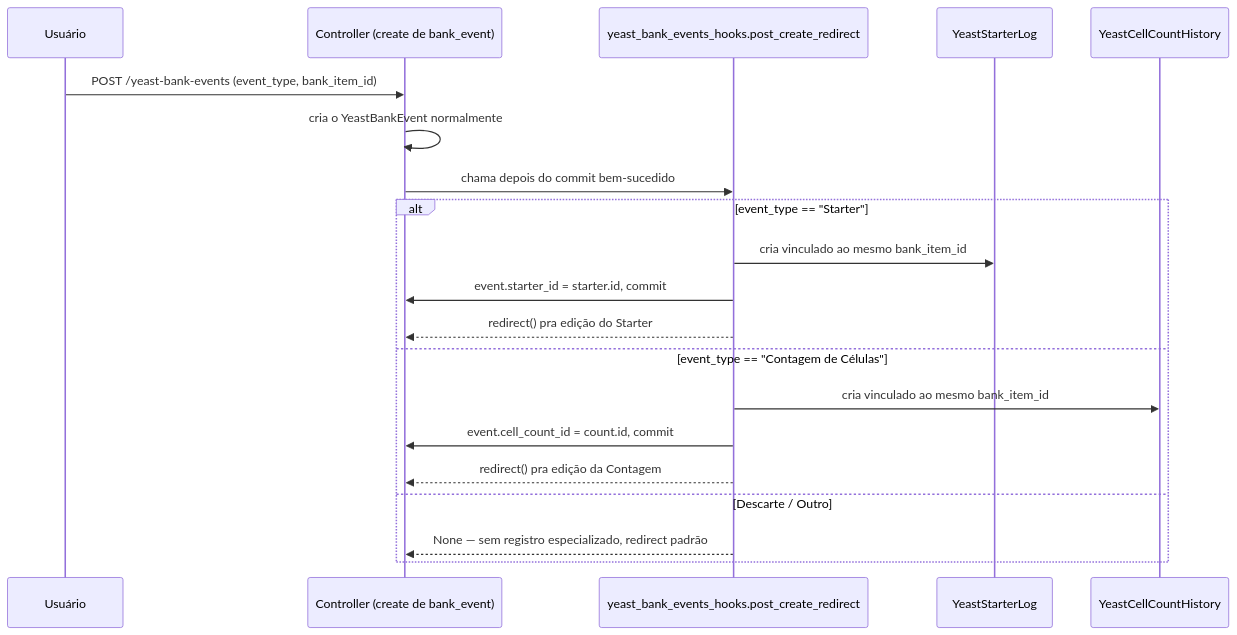
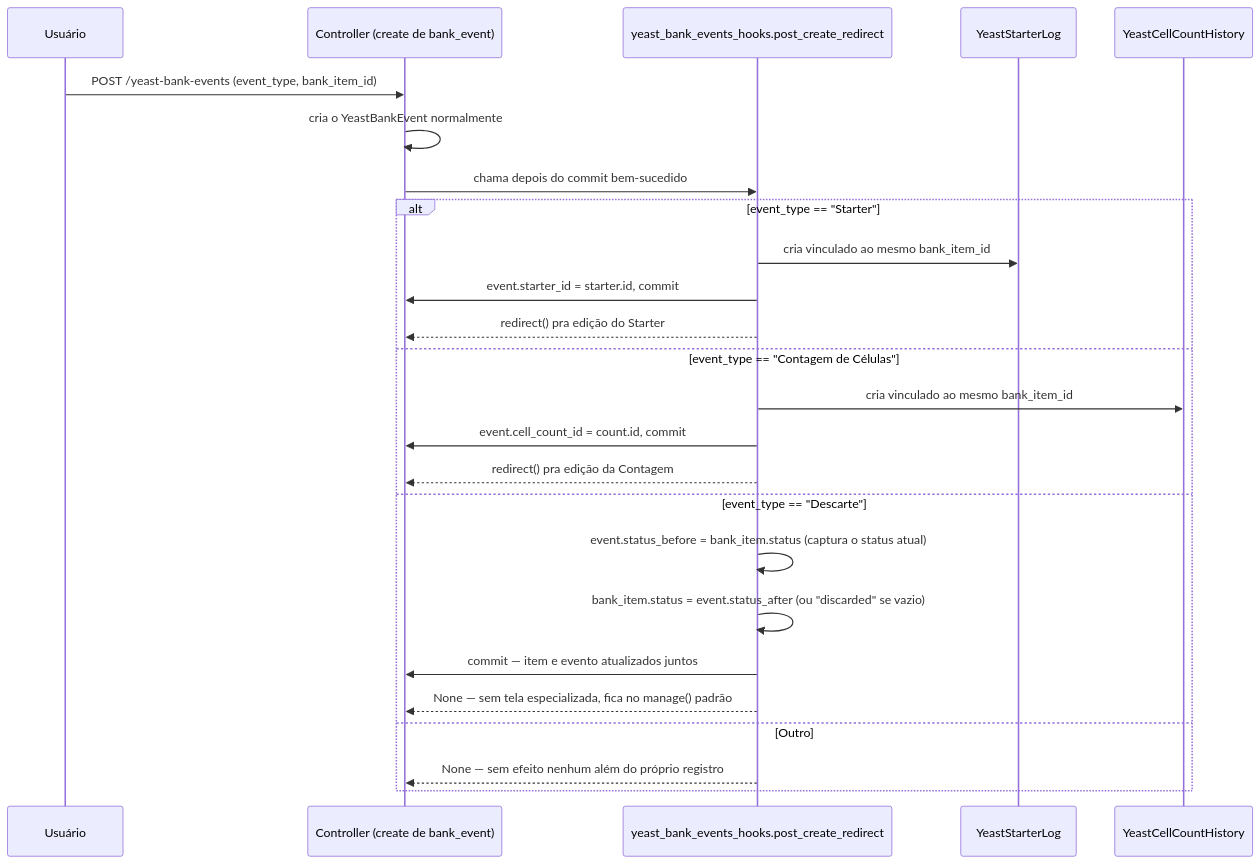
Before and after one commit to ChristopherNicolasSMM/Tesseract: the fourth of 6 diagrams in addons/addon_brewstation/features/feature_yeast_bank/docs/technical/03-fluxos.md, drawn with Mermaid. The commit also changed other lines of this file and 16 other files, not shown here.

First line of the commit message:
fix(crudgen,yeast_bank): reanalise - descarte muda status real, readonly protege service tambem, alerta visual

````diff
--- a/addons/addon_brewstation/features/feature_yeast_bank/docs/technical/03-fluxos.md
+++ b/addons/addon_brewstation/features/feature_yeast_bank/docs/technical/03-fluxos.md
@@ -65,23 +65,28 @@
 ```mermaid
 sequenceDiagram
     participant U as Usuário
     participant C as Controller (create de bank_event)
     participant H as yeast_bank_events_hooks.post_create_redirect
     participant Starter as YeastStarterLog
     participant Count as YeastCellCountHistory
 
     U->>C: POST /yeast-bank-events (event_type, bank_item_id)
     C->>C: cria o YeastBankEvent normalmente
     C->>H: chama depois do commit bem-sucedido
     alt event_type == "Starter"
         H->>Starter: cria vinculado ao mesmo bank_item_id
         H->>C: event.starter_id = starter.id, commit
         H-->>C: redirect() pra edição do Starter
     else event_type == "Contagem de Células"
         H->>Count: cria vinculado ao mesmo bank_item_id
         H->>C: event.cell_count_id = count.id, commit
         H-->>C: redirect() pra edição da Contagem
-    else Descarte / Outro
-        H-->>C: None — sem registro especializado, redirect padrão
+    else event_type == "Descarte"
+        H->>H: event.status_before = bank_item.status (captura o status atual)
+        H->>H: bank_item.status = event.status_after (ou "discarded" se vazio)
+        H->>C: commit — item e evento atualizados juntos
+        H-->>C: None — sem tela especializada, fica no manage() padrão
+    else Outro
+        H-->>C: None — sem efeito nenhum além do próprio registro
     end
 ```
````
